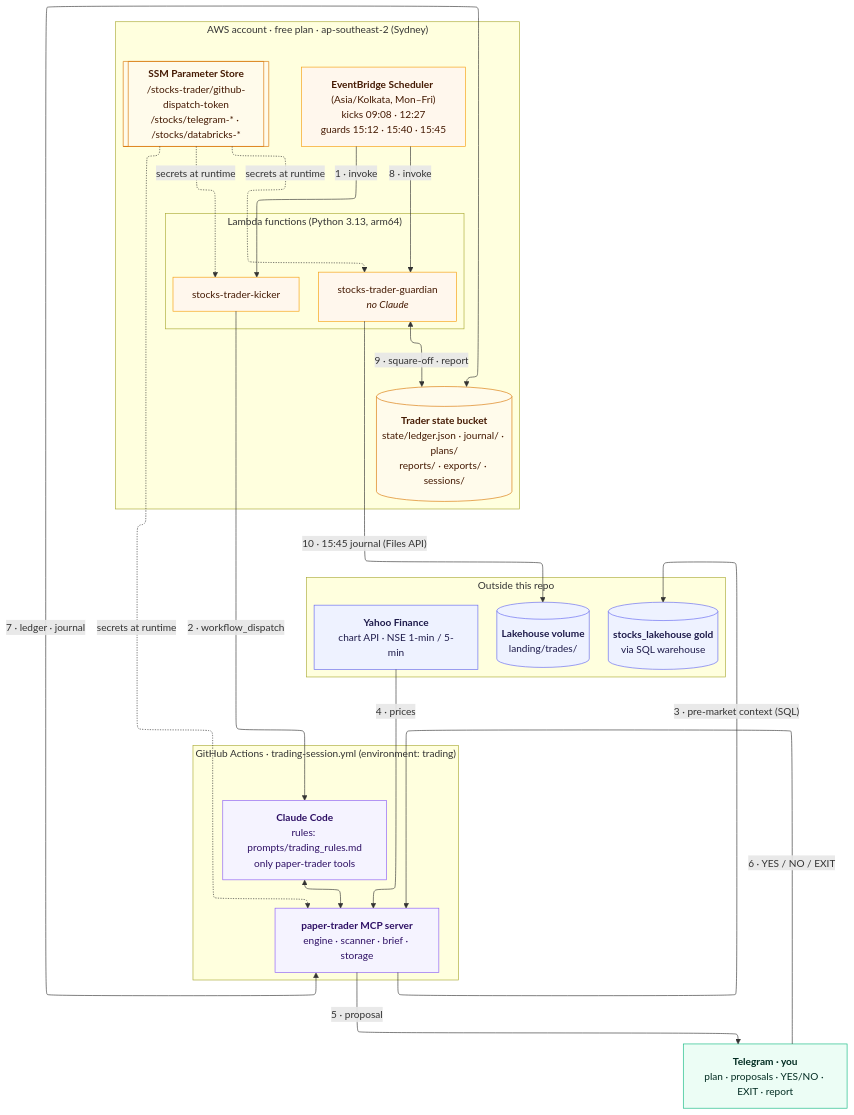
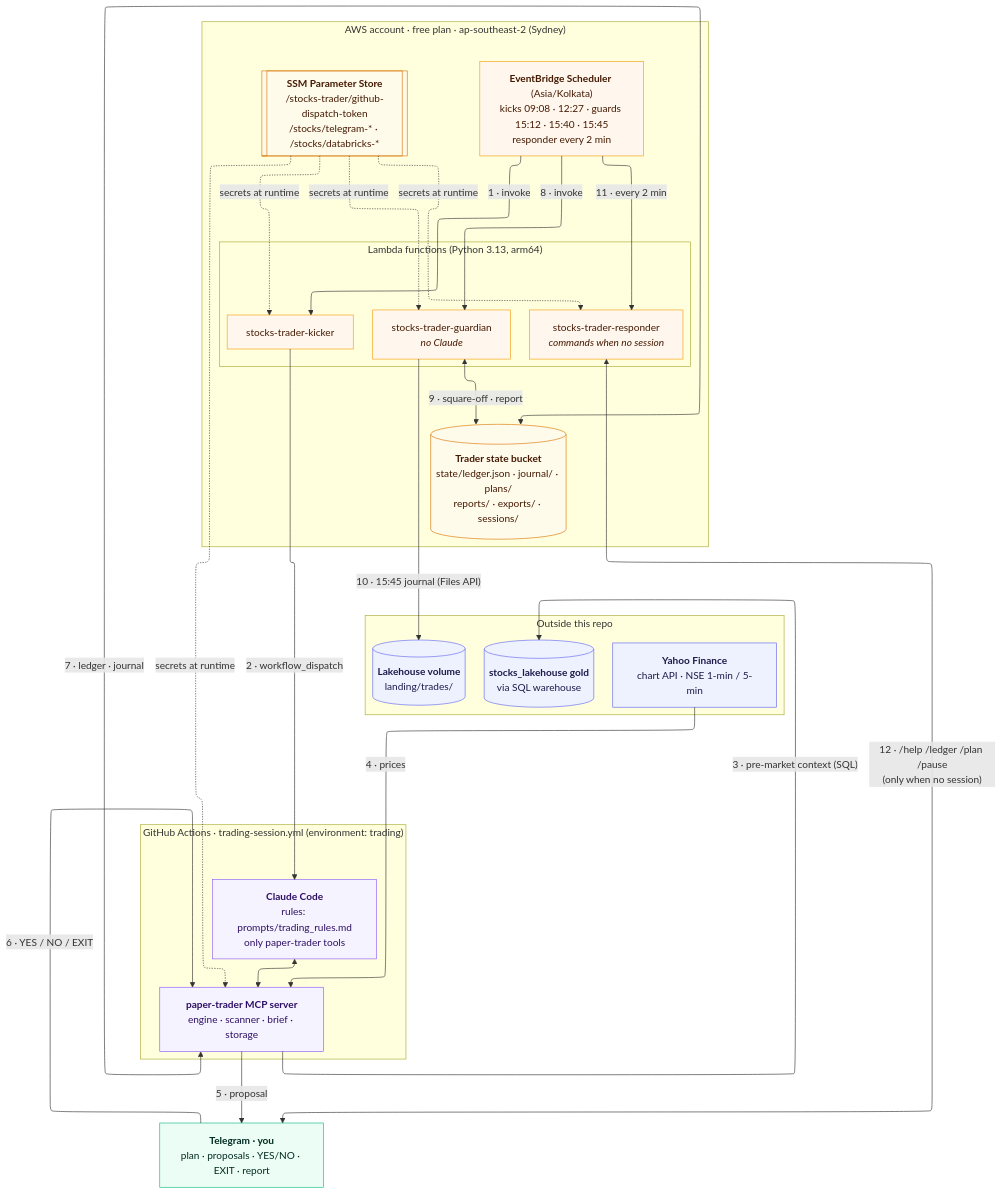
The diagram in docs/diagrams/02_architecture.mmd (bumblebee26/paper-trader), drawn with Mermaid before and after one commit. The commit also changed 21 other files, not shown here.

First line of the commit message:
Responder Lambda: bot answers Telegram commands outside sessions; /pause applies to next trading day

```diff
--- a/docs/diagrams/02_architecture.mmd
+++ b/docs/diagrams/02_architecture.mmd
@@ -1,58 +1,61 @@
 ---
 config:
   layout: elk
   elk:
     mergeEdges: false
     nodePlacementStrategy: NETWORK_SIMPLEX
 ---
 flowchart TB
     subgraph EXT["Outside this repo"]
         direction LR
         YF["<b>Yahoo Finance</b><br/>chart API · NSE 1-min / 5-min"]
         GOLD[("<b>stocks_lakehouse gold</b><br/>via SQL warehouse")]
         VOL[("<b>Lakehouse volume</b><br/>landing/trades/")]
     end
 
     subgraph AWS["AWS account · free plan · ap-southeast-2 (Sydney)"]
         direction TB
-        SCH["<b>EventBridge Scheduler</b> (Asia/Kolkata, Mon–Fri)<br/>kicks 09:08 · 12:27<br/>guards 15:12 · 15:40 · 15:45"]
+        SCH["<b>EventBridge Scheduler</b> (Asia/Kolkata)<br/>kicks 09:08 · 12:27 · guards 15:12 · 15:40 · 15:45<br/>responder every 2 min"]
         subgraph LAMBDAS["Lambda functions (Python 3.13, arm64)"]
             direction LR
             KICK["stocks-trader-kicker"]
             GUARD["stocks-trader-guardian<br/><i>no Claude</i>"]
+            RESP["stocks-trader-responder<br/><i>commands when no session</i>"]
         end
         S3[("<b>Trader state bucket</b><br/>state/ledger.json · journal/ · plans/<br/>reports/ · exports/ · sessions/")]
         SSM[["<b>SSM Parameter Store</b><br/>/stocks-trader/github-dispatch-token<br/>/stocks/telegram-* · /stocks/databricks-*"]]
     end
 
     subgraph GHA["GitHub Actions · trading-session.yml (environment: trading)"]
         direction LR
         CC["<b>Claude Code</b><br/>rules: prompts/trading_rules.md<br/>only paper-trader tools"]
         MCP["<b>paper-trader MCP server</b><br/>engine · scanner · brief · storage"]
         CC <--> MCP
     end
 
     TG["<b>Telegram · you</b><br/>plan · proposals · YES/NO · EXIT · report"]
 
     SCH -- "1 · invoke" --> KICK
     KICK -- "2 · workflow_dispatch" --> CC
     MCP -- "3 · pre-market context (SQL)" --> GOLD
     YF -- "4 · prices" --> MCP
     MCP -- "5 · proposal" --> TG
     TG -- "6 · YES / NO / EXIT" --> MCP
     MCP <-- "7 · ledger · journal" --> S3
     SCH -- "8 · invoke" --> GUARD
     GUARD <-- "9 · square-off · report" --> S3
     GUARD -- "10 · 15:45 journal (Files API)" --> VOL
-    SSM -. "secrets at runtime" .-> KICK & GUARD & MCP
+    SCH -- "11 · every 2 min" --> RESP
+    RESP <-- "12 · /help /ledger /plan /pause<br/>(only when no session)" --> TG
+    SSM -. "secrets at runtime" .-> KICK & GUARD & RESP & MCP
 
     classDef ext fill:#eef2ff,stroke:#6366f1,color:#1e1b4b
     classDef aws fill:#fff7ed,stroke:#f59e0b,color:#451a03
     classDef store fill:#fffbeb,stroke:#d97706,color:#451a03
     classDef trader fill:#f5f3ff,stroke:#8b5cf6,color:#2e1065
     classDef out fill:#ecfdf5,stroke:#10b981,color:#022c22
     class YF,GOLD,VOL ext
-    class SCH,KICK,GUARD aws
+    class SCH,KICK,GUARD,RESP aws
     class S3,SSM store
     class CC,MCP trader
     class TG out
```
